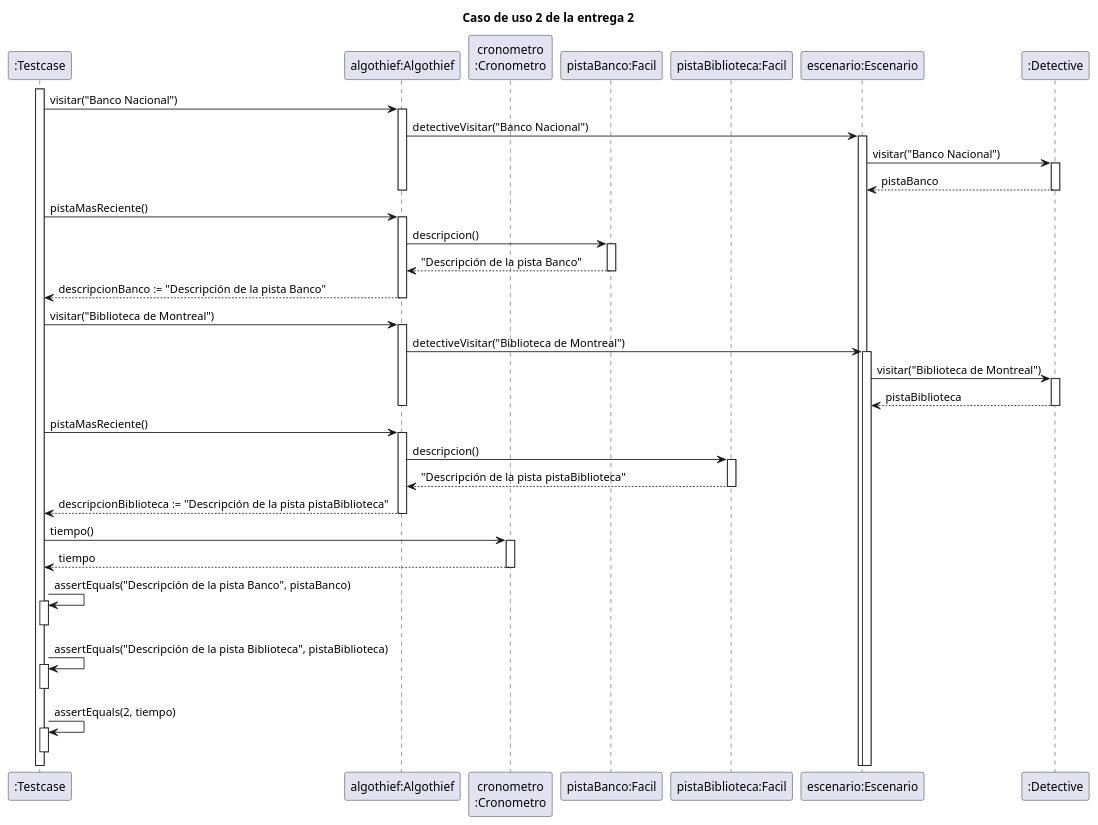
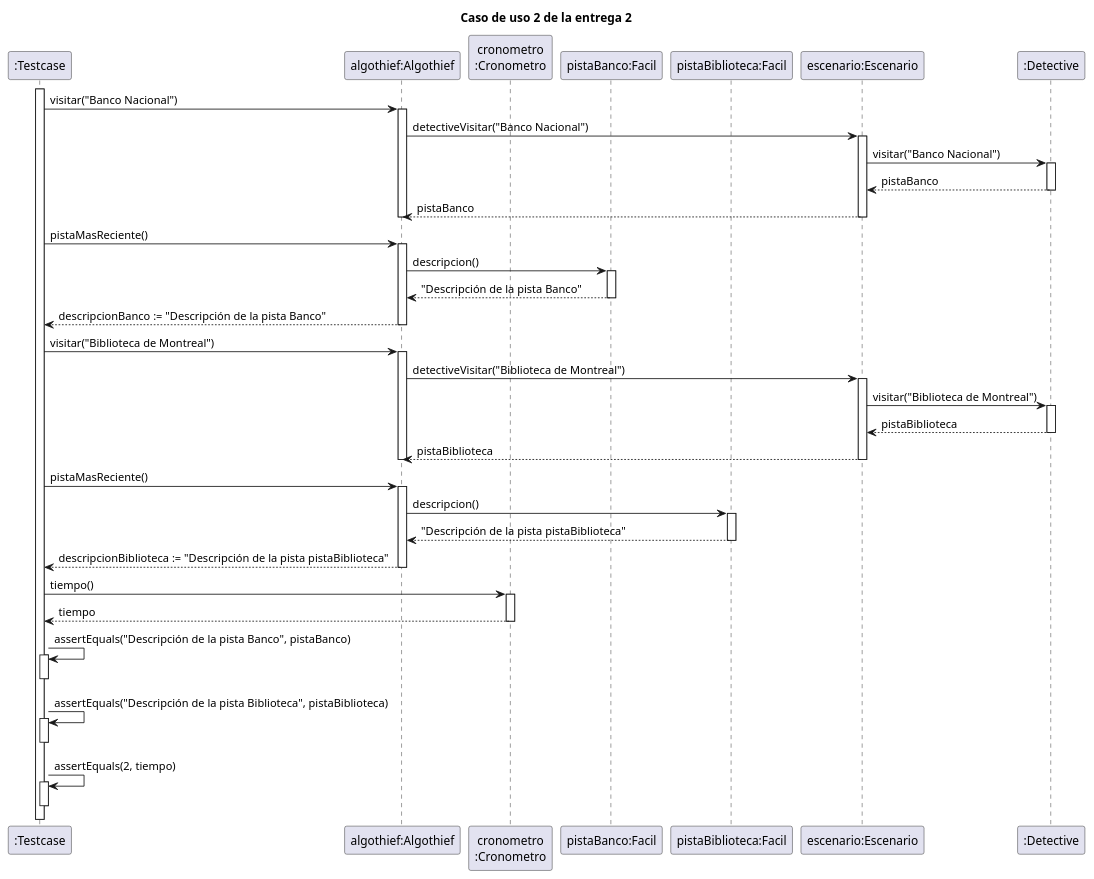
One commit to MegaRedHand/algo-thief changed the diagram in diagrams/sequences/secuencia_entrega1_testcase02.plantuml. Above: the diagram before and after it, drawn with PlantUML. The commit also changed 13 other files, not shown here.

First line of the commit message:
docs: termino de actualizar diagramas

```diff
--- a/diagrams/sequences/secuencia_entrega1_testcase02.plantuml
+++ b/diagrams/sequences/secuencia_entrega1_testcase02.plantuml
@@ -1,54 +1,56 @@
 @startuml
 
 title "Caso de uso 2 de la entrega 2"
 
 participant ":Testcase" as testcase
 participant "algothief:Algothief" as algothief
 participant "cronometro\n:Cronometro" as cron
 participant "pistaBanco:Facil" as pistaBanco
 participant "pistaBiblioteca:Facil" as pistaBiblioteca
 participant "escenario:Escenario" as escenario
 participant ":Detective" as detective
 
 
 activate testcase
 testcase -> algothief++: visitar("Banco Nacional")
     algothief -> escenario++: detectiveVisitar("Banco Nacional")
         escenario -> detective++: visitar("Banco Nacional")
+            return pistaBanco
         return pistaBanco
     deactivate algothief
 
 
 testcase -> algothief++: pistaMasReciente()
     algothief -> pistaBanco++: descripcion()
         return "Descripción de la pista Banco"
     return descripcionBanco := "Descripción de la pista Banco"
 
 
 testcase -> algothief++: visitar("Biblioteca de Montreal")
     algothief -> escenario++: detectiveVisitar("Biblioteca de Montreal")
         escenario -> detective++: visitar("Biblioteca de Montreal")
+            return pistaBiblioteca
         return pistaBiblioteca
     deactivate algothief
 
 
 testcase -> algothief++: pistaMasReciente()
     algothief -> pistaBiblioteca++: descripcion()
         return "Descripción de la pista pistaBiblioteca"
     return descripcionBiblioteca := "Descripción de la pista pistaBiblioteca"
 
 
 testcase -> cron: tiempo()
     activate cron
     return tiempo
 
 testcase -> testcase++: assertEquals("Descripción de la pista Banco", pistaBanco)
 deactivate testcase
 
 testcase -> testcase++: assertEquals("Descripción de la pista Biblioteca", pistaBiblioteca)
 deactivate testcase
 
 testcase -> testcase++: assertEquals(2, tiempo)
 deactivate testcase
 
 @enduml
```
